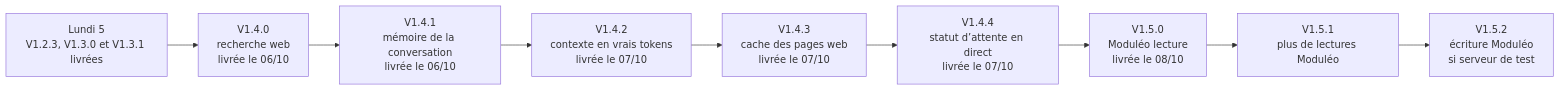
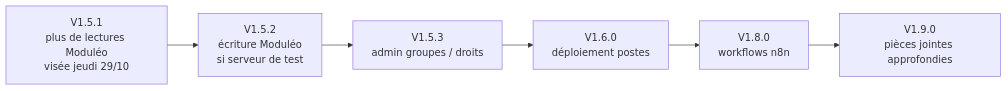
The third of 3 diagrams in README.md (UlyssouLV/BBASS-Agents-IA), drawn with Mermaid before and after one commit. The commit also changed other lines of this file and 65 other files, not shown here.

````diff
--- a/README.md
+++ b/README.md
@@ -162,11 +162,8 @@
 ```mermaid
 flowchart LR
-  L05["Lundi 5<br/>V1.2.3, V1.3.0 et V1.3.1 livrées"] --> V140["V1.4.0<br/>recherche web<br/>livrée le 06/10"]
-  V140 --> V141["V1.4.1<br/>mémoire de la conversation<br/>livrée le 06/10"]
-  V141 --> V142["V1.4.2<br/>contexte en vrais tokens<br/>livrée le 07/10"]
-  V142 --> V143["V1.4.3<br/>cache des pages web<br/>livrée le 07/10"]
-  V143 --> V144["V1.4.4<br/>statut d’attente en direct<br/>livrée le 07/10"]
-  V144 --> V150["V1.5.0<br/>Moduléo lecture<br/>livrée le 08/10"]
-  V150 --> V151["V1.5.1<br/>plus de lectures Moduléo"]
-  V151 --> V152["V1.5.2<br/>écriture Moduléo<br/>si serveur de test"]
+  V151["V1.5.1<br/>plus de lectures Moduléo<br/>visée jeudi 29/10"] --> V152["V1.5.2<br/>écriture Moduléo<br/>si serveur de test"]
+  V152 --> V153["V1.5.3<br/>admin groupes / droits"]
+  V153 --> V160["V1.6.0<br/>déploiement postes"]
+  V160 --> V180["V1.8.0<br/>workflows n8n"]
+  V180 --> V190["V1.9.0<br/>pièces jointes approfondies"]
 ```
````
